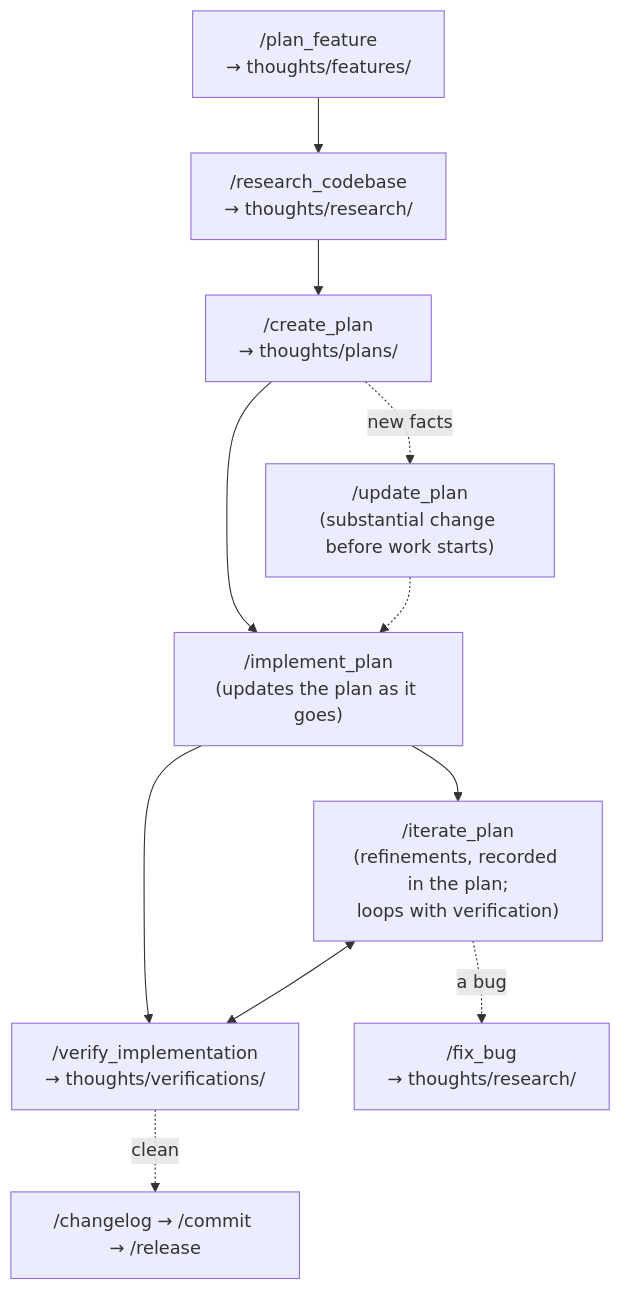
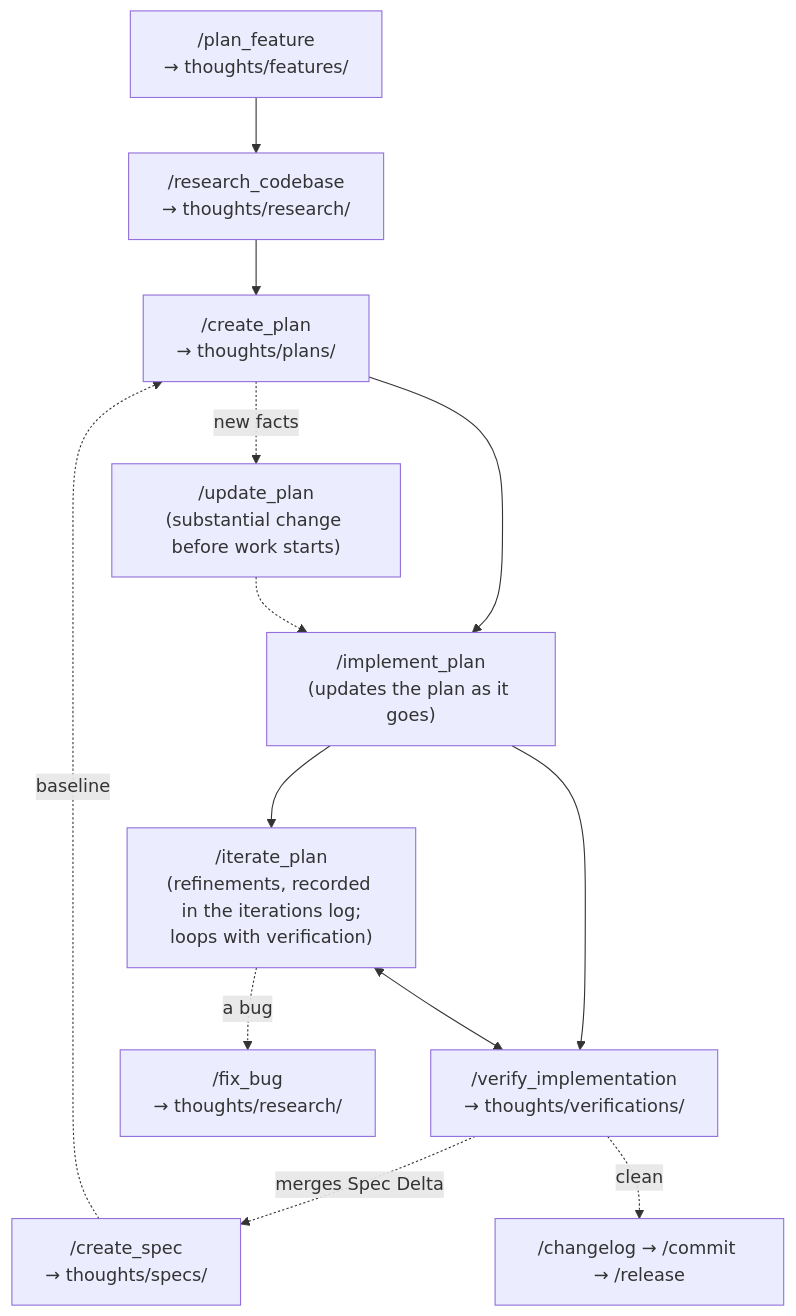
Before and after one commit to gregertw/claude: the diagram in README.md, drawn with Mermaid. The commit also changed other lines of this file and 16 other files, not shown here.

Commit message:
Introduce new command /create_spec and specs as a key anchor for expected behaviour (found in thoughts/specs/) as well as more explicit acceptance criteria from /plan_feature and throughout. Separate out iterations on verifications in separate docs to make it cleaner and simpler.

````diff
--- a/README.md
+++ b/README.md
@@ -87,20 +87,23 @@
 ```mermaid
 flowchart TB
   F["/plan_feature<br/>→ thoughts/features/"]
   R["/research_codebase<br/>→ thoughts/research/"]
   P["/create_plan<br/>→ thoughts/plans/"]
   U["/update_plan<br/>(substantial change before work starts)"]
   I["/implement_plan<br/>(updates the plan as it goes)"]
   V["/verify_implementation<br/>→ thoughts/verifications/"]
-  IT["/iterate_plan<br/>(refinements, recorded in the plan;<br/>loops with verification)"]
+  IT["/iterate_plan<br/>(refinements, recorded in the iterations log;<br/>loops with verification)"]
+  CS["/create_spec<br/>→ thoughts/specs/"]
   B["/fix_bug<br/>→ thoughts/research/"]
   S["/changelog → /commit → /release"]
 
   F --> R --> P --> I
   I --> IT
   I --> V
   IT <--> V
   P -. new facts .-> U -.-> I
+  CS -. baseline .-> P
+  V -. merges Spec Delta .-> CS
   IT -. a bug .-> B
   V -. clean .-> S
 ```
````
